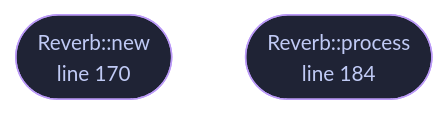
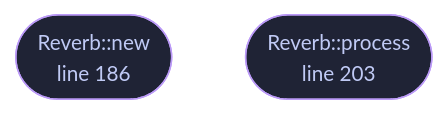
The diagram in docs/files/veilvoice-core/effects.md (tilas01/veilvoice), drawn with Mermaid before and after one commit. The commit also changed other lines of this file and 528 other files, not shown here.

````diff
--- a/docs/files/veilvoice-core/effects.md
+++ b/docs/files/veilvoice-core/effects.md
@@ -120,24 +120,24 @@
 ```mermaid
 %%{init: {"theme":"base","themeVariables":{"background":"#1a1b26","primaryColor":"#1f2335","primaryTextColor":"#c0caf5","primaryBorderColor":"#7aa2f7","secondaryColor":"#16161e","tertiaryColor":"#16161e","lineColor":"#737aa2","textColor":"#c0caf5","mainBkg":"#1f2335","nodeBorder":"#7aa2f7","clusterBkg":"#16161e","clusterBorder":"#2f3549","fontFamily":"ui-monospace, SFMono-Regular, Consolas, monospace","fontSize":"14px"}}}%%
 flowchart TD
-    n_new(["SoftClip::new<br/>line 70"])
-    n_process(["SoftClip::process<br/>line 79"])
-    n_new["DelayVoice::new<br/>line 97"]
-    n_process["DelayVoice::process<br/>line 111"]
-    n_new(["Chorus::new<br/>line 134"])
-    n_process(["Chorus::process<br/>line 147"])
-    n_new(["Reverb::new<br/>line 170"])
-    n_process(["Reverb::process<br/>line 184"])
-    click n_new href "https://github.com/tilas01/veilvoice/blob/main/crates/veilvoice-core/src/effects.rs#L70" "open the source"
-    click n_process href "https://github.com/tilas01/veilvoice/blob/main/crates/veilvoice-core/src/effects.rs#L79" "open the source"
-    click n_new href "https://github.com/tilas01/veilvoice/blob/main/crates/veilvoice-core/src/effects.rs#L97" "open the source"
-    click n_process href "https://github.com/tilas01/veilvoice/blob/main/crates/veilvoice-core/src/effects.rs#L111" "open the source"
-    click n_new href "https://github.com/tilas01/veilvoice/blob/main/crates/veilvoice-core/src/effects.rs#L134" "open the source"
-    click n_process href "https://github.com/tilas01/veilvoice/blob/main/crates/veilvoice-core/src/effects.rs#L147" "open the source"
-    click n_new href "https://github.com/tilas01/veilvoice/blob/main/crates/veilvoice-core/src/effects.rs#L170" "open the source"
-    click n_process href "https://github.com/tilas01/veilvoice/blob/main/crates/veilvoice-core/src/effects.rs#L184" "open the source"
+    n_new(["SoftClip::new<br/>line 72"])
+    n_process(["SoftClip::process<br/>line 84"])
+    n_new["DelayVoice::new<br/>line 105"]
+    n_process["DelayVoice::process<br/>line 122"]
+    n_new(["Chorus::new<br/>line 147"])
+    n_process(["Chorus::process<br/>line 161"])
+    n_new(["Reverb::new<br/>line 186"])
+    n_process(["Reverb::process<br/>line 203"])
+    click n_new href "https://github.com/tilas01/veilvoice/blob/main/crates/veilvoice-core/src/effects.rs#L72" "open the source"
+    click n_process href "https://github.com/tilas01/veilvoice/blob/main/crates/veilvoice-core/src/effects.rs#L84" "open the source"
+    click n_new href "https://github.com/tilas01/veilvoice/blob/main/crates/veilvoice-core/src/effects.rs#L105" "open the source"
+    click n_process href "https://github.com/tilas01/veilvoice/blob/main/crates/veilvoice-core/src/effects.rs#L122" "open the source"
+    click n_new href "https://github.com/tilas01/veilvoice/blob/main/crates/veilvoice-core/src/effects.rs#L147" "open the source"
+    click n_process href "https://github.com/tilas01/veilvoice/blob/main/crates/veilvoice-core/src/effects.rs#L161" "open the source"
+    click n_new href "https://github.com/tilas01/veilvoice/blob/main/crates/veilvoice-core/src/effects.rs#L186" "open the source"
+    click n_process href "https://github.com/tilas01/veilvoice/blob/main/crates/veilvoice-core/src/effects.rs#L203" "open the source"
     classDef entry fill:#1f2335,stroke:#7aa2f7,color:#c0caf5
     class n_new,n_process,n_new,n_process,n_new,n_process entry
     classDef helper fill:#1f2335,stroke:#bb9af7,color:#c0caf5
     class n_new,n_process helper
 ```
````
